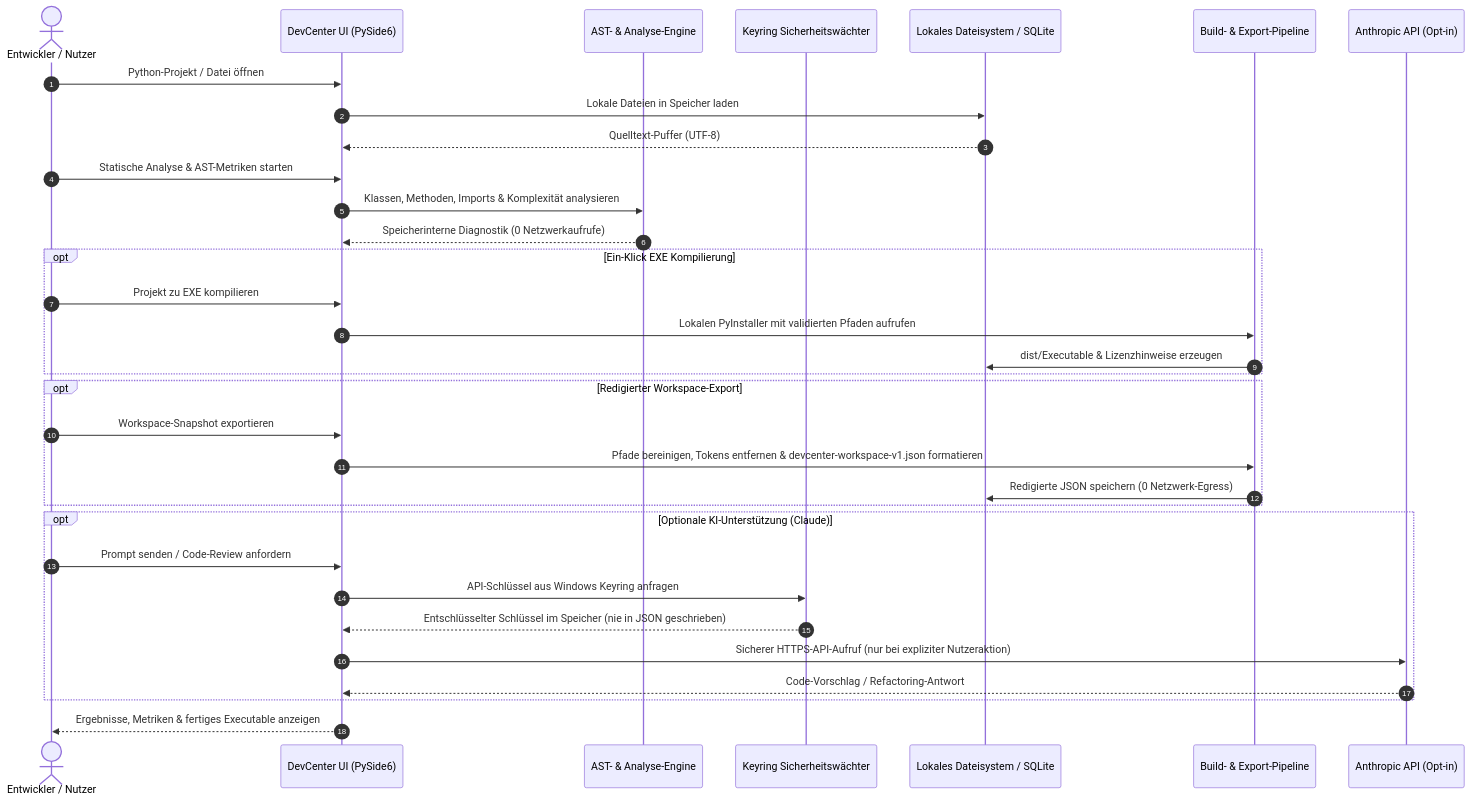
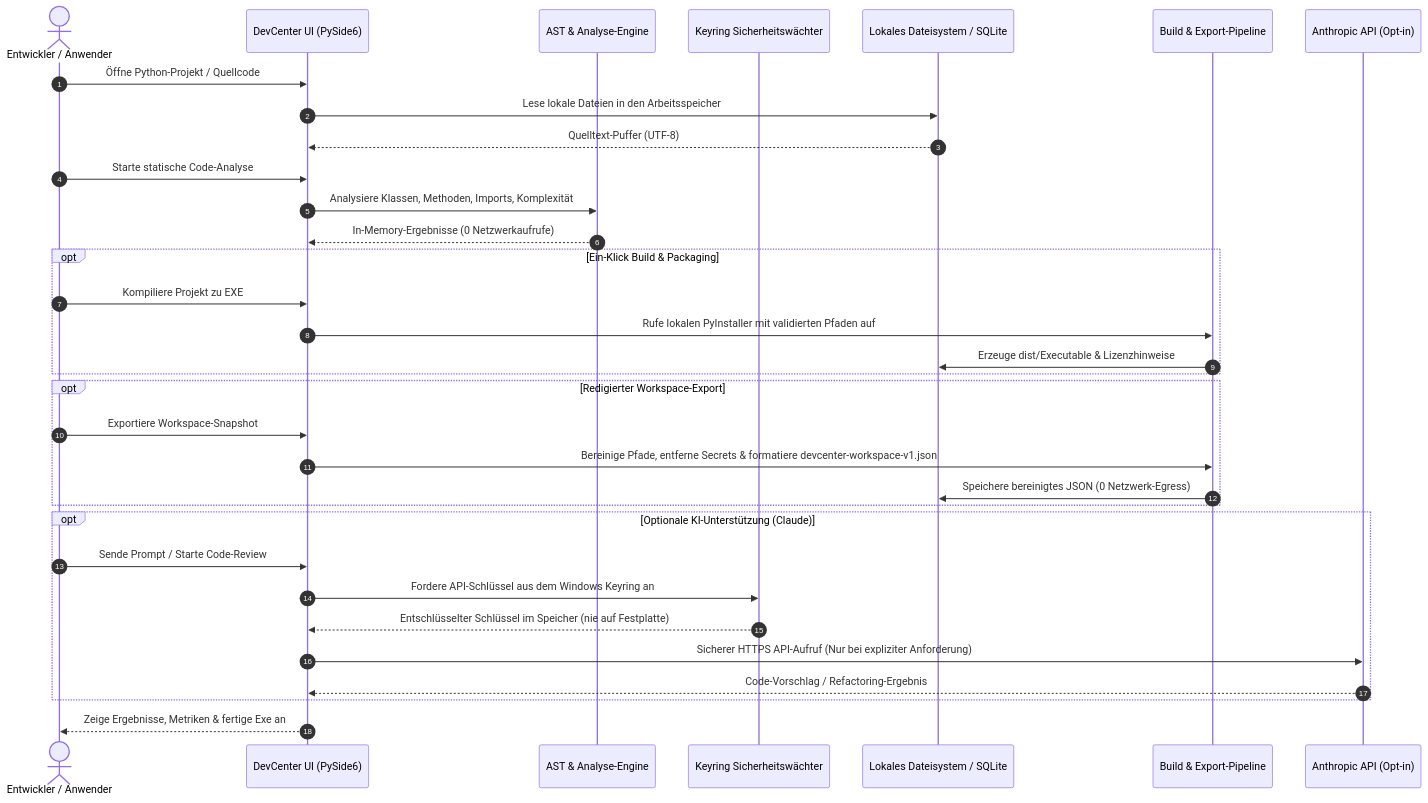
One commit to dev-bricks/DevCenter changed the second of 2 diagrams in README_de.md. Above: the diagram before and after it, drawn with Mermaid. The commit also changed other lines of this file and 9 other files, not shown here.

````diff
--- a/README_de.md
+++ b/README_de.md
@@ -110,41 +230,41 @@
 ```mermaid
 sequenceDiagram
     autonumber
-    actor Dev as Entwickler / Nutzer
+    actor Dev as Entwickler / Anwender
     participant App as DevCenter UI (PySide6)
-    participant Core as AST- & Analyse-Engine
+    participant Core as AST & Analyse-Engine
     participant Sec as Keyring Sicherheitswächter
     participant Disk as Lokales Dateisystem / SQLite
-    participant Dist as Build- & Export-Pipeline
+    participant Dist as Build & Export-Pipeline
     participant Ext as Anthropic API (Opt-in)
 
-    Dev->>App: Python-Projekt / Datei öffnen
-    App->>Disk: Lokale Dateien in Speicher laden
+    Dev->>App: Öffne Python-Projekt / Quellcode
+    App->>Disk: Lese lokale Dateien in den Arbeitsspeicher
     Disk-->>App: Quelltext-Puffer (UTF-8)
 
-    Dev->>App: Statische Analyse & AST-Metriken starten
-    App->>Core: Klassen, Methoden, Imports & Komplexität analysieren
-    Core-->>App: Speicherinterne Diagnostik (0 Netzwerkaufrufe)
+    Dev->>App: Starte statische Code-Analyse
+    App->>Core: Analysiere Klassen, Methoden, Imports, Komplexität
+    Core-->>App: In-Memory-Ergebnisse (0 Netzwerkaufrufe)
 
-    opt Ein-Klick EXE Kompilierung
-        Dev->>App: Projekt zu EXE kompilieren
-        App->>Dist: Lokalen PyInstaller mit validierten Pfaden aufrufen
-        Dist->>Disk: dist/Executable & Lizenzhinweise erzeugen
+    opt Ein-Klick Build & Packaging
+        Dev->>App: Kompiliere Projekt zu EXE
+        App->>Dist: Rufe lokalen PyInstaller mit validierten Pfaden auf
+        Dist->>Disk: Erzeuge dist/Executable & Lizenzhinweise
     end
 
     opt Redigierter Workspace-Export
-        Dev->>App: Workspace-Snapshot exportieren
-        App->>Dist: Pfade bereinigen, Tokens entfernen & devcenter-workspace-v1.json formatieren
-        Dist->>Disk: Redigierte JSON speichern (0 Netzwerk-Egress)
+        Dev->>App: Exportiere Workspace-Snapshot
+        App->>Dist: Bereinige Pfade, entferne Secrets & formatiere devcenter-workspace-v1.json
+        Dist->>Disk: Speichere bereinigtes JSON (0 Netzwerk-Egress)
     end
 
     opt Optionale KI-Unterstützung (Claude)
-        Dev->>App: Prompt senden / Code-Review anfordern
-        App->>Sec: API-Schlüssel aus Windows Keyring anfragen
-        Sec-->>App: Entschlüsselter Schlüssel im Speicher (nie in JSON geschrieben)
-        App->>Ext: Sicherer HTTPS-API-Aufruf (nur bei expliziter Nutzeraktion)
-        Ext-->>App: Code-Vorschlag / Refactoring-Antwort
+        Dev->>App: Sende Prompt / Starte Code-Review
+        App->>Sec: Fordere API-Schlüssel aus dem Windows Keyring an
+        Sec-->>App: Entschlüsselter Schlüssel im Speicher (nie auf Festplatte)
+        App->>Ext: Sicherer HTTPS API-Aufruf (Nur bei expliziter Anforderung)
+        Ext-->>App: Code-Vorschlag / Refactoring-Ergebnis
     end
 
-    App-->>Dev: Ergebnisse, Metriken & fertiges Executable anzeigen
+    App-->>Dev: Zeige Ergebnisse, Metriken & fertige Exe an
 ```
````
